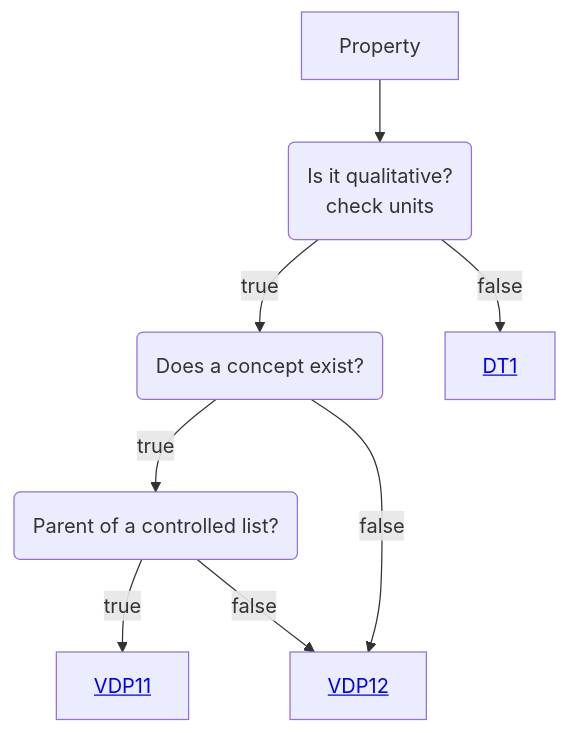
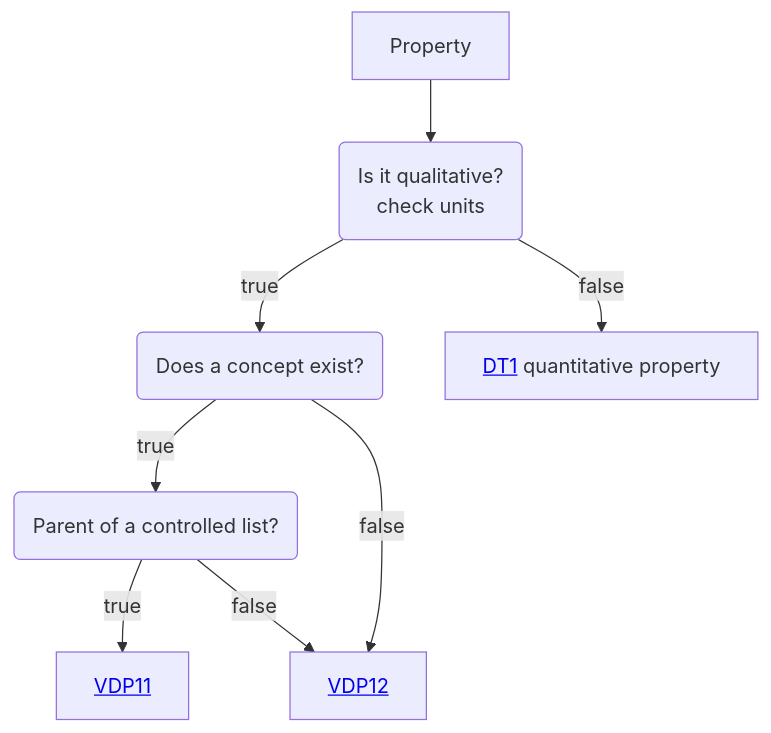
One commit to mabablue/I-ADOPT-patterns-playground changed the diagram in Decisition_trees/DT0.mmd. Above: the diagram before and after it, drawn with Mermaid.

```diff
--- a/Decisition_trees/DT0.mmd
+++ b/Decisition_trees/DT0.mmd
@@ -1,8 +1,8 @@
 flowchart TD
     A[Property] --> B(Is it qualitative? <br> check units)
     B --> |true|C(Does a concept exist?) 
-    B --> |false|D[<a href='https://github.com/mabablue/I-ADOPT-patterns-playground/blob/main/Decisition_trees/DT1.yaml'>DT1</a>] 
+    B --> |false|D[<a href='https://github.com/mabablue/I-ADOPT-patterns-playground/blob/main/Decisition_trees/DT1.yaml'>DT1</a> quantitative property] 
     C --> |true|E(Parent of a controlled list?)
     C --> |false|H[<a href='https://github.com/mabablue/I-ADOPT-patterns-playground/blob/main/pattern/VDP12.yaml'>VDP12</a>] 
     E --> |true|F[<a href='https://github.com/mabablue/I-ADOPT-patterns-playground/blob/main/pattern/VDP11.yaml'>VDP11</a>] 
     E --> |false|H
```
